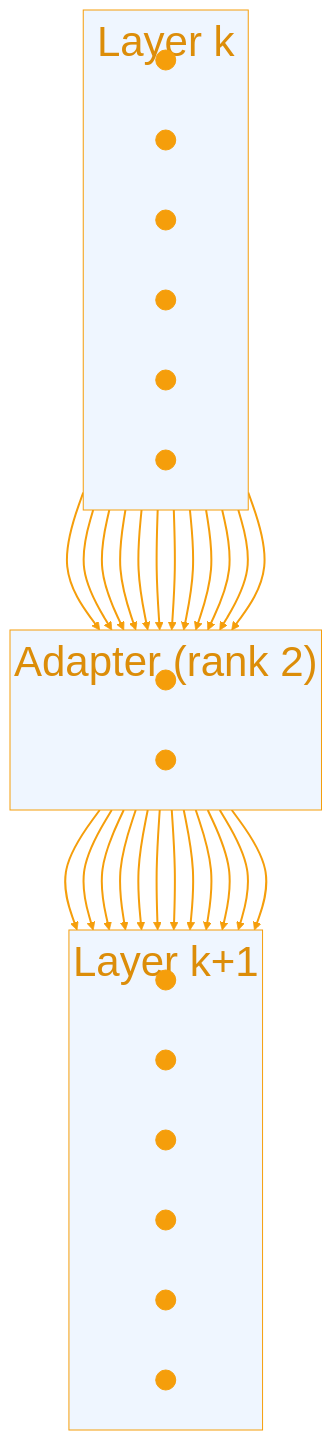
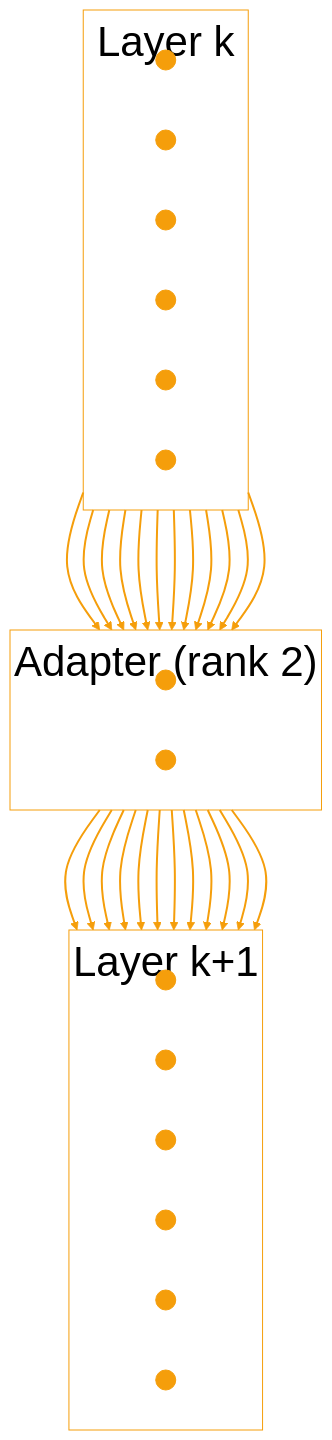
Before and after one commit to kerryback/mgmt675: the second of 2 diagrams in slides/m13-fine-tuning.qmd, drawn with Mermaid. The commit also changed other lines of this file and 1 other file, not shown here.

Commit message:
Use white nodes/arrows for LoRA diagrams, amber for adapter diagram

````diff
--- a/slides/m13-fine-tuning.qmd
+++ b/slides/m13-fine-tuning.qmd
@@ -240,52 +240,52 @@
 ```{mermaid}
 %%| fig-width: 16
-%%{init: {'theme': 'base', 'themeVariables': {'fontSize': '42px', 'primaryColor': '#f59e0b', 'primaryTextColor': '#fff', 'lineColor': '#f59e0b', 'clusterBkg': '#eff6ff', 'clusterBorder': '#f59e0b'}, 'flowchart': {'nodeSpacing': 60, 'rankSpacing': 120, 'padding': 20, 'useMaxWidth': true}}}%%
+%%{init: {'theme': 'base', 'themeVariables': {'fontSize': '42px', 'primaryColor': '#fff', 'primaryTextColor': '#fff', 'lineColor': '#fff', 'clusterBkg': 'transparent', 'clusterBorder': '#f59e0b'}, 'flowchart': {'nodeSpacing': 60, 'rankSpacing': 120, 'padding': 20, 'useMaxWidth': true}}}%%
 graph TB
   subgraph Layer_k["Layer k"]
     direction LR
     A1((" "))
     A2((" "))
     A3((" "))
     A4((" "))
     A5((" "))
     A6((" "))
   end
   subgraph Adapter["Adapter (rank 2)"]
     direction LR
     R1((" "))
     R2((" "))
   end
   subgraph Layer_k1["Layer k+1"]
     direction LR
     B1((" "))
     B2((" "))
     B3((" "))
     B4((" "))
     B5((" "))
     B6((" "))
   end
   A1 --> R1 & R2
   A2 --> R1 & R2
   A3 --> R1 & R2
   A4 --> R1 & R2
   A5 --> R1 & R2
   A6 --> R1 & R2
   R1 --> B1 & B2 & B3 & B4 & B5 & B6
   R2 --> B1 & B2 & B3 & B4 & B5 & B6
 
   linkStyle default stroke:#f59e0b,stroke-width:2px
-  style A1 fill:#f59e0b,stroke:#f59e0b,color:#fff
-  style A2 fill:#f59e0b,stroke:#f59e0b,color:#fff
-  style A3 fill:#f59e0b,stroke:#f59e0b,color:#fff
-  style A4 fill:#f59e0b,stroke:#f59e0b,color:#fff
-  style A5 fill:#f59e0b,stroke:#f59e0b,color:#fff
-  style A6 fill:#f59e0b,stroke:#f59e0b,color:#fff
-  style R1 fill:#f59e0b,stroke:#f59e0b,color:#fff
-  style R2 fill:#f59e0b,stroke:#f59e0b,color:#fff
-  style B1 fill:#f59e0b,stroke:#f59e0b,color:#fff
-  style B2 fill:#f59e0b,stroke:#f59e0b,color:#fff
-  style B3 fill:#f59e0b,stroke:#f59e0b,color:#fff
-  style B4 fill:#f59e0b,stroke:#f59e0b,color:#fff
-  style B5 fill:#f59e0b,stroke:#f59e0b,color:#fff
-  style B6 fill:#f59e0b,stroke:#f59e0b,color:#fff
+  style A1 fill:#f59e0b,stroke:#f59e0b
+  style A2 fill:#f59e0b,stroke:#f59e0b
+  style A3 fill:#f59e0b,stroke:#f59e0b
+  style A4 fill:#f59e0b,stroke:#f59e0b
+  style A5 fill:#f59e0b,stroke:#f59e0b
+  style A6 fill:#f59e0b,stroke:#f59e0b
+  style R1 fill:#f59e0b,stroke:#f59e0b
+  style R2 fill:#f59e0b,stroke:#f59e0b
+  style B1 fill:#f59e0b,stroke:#f59e0b
+  style B2 fill:#f59e0b,stroke:#f59e0b
+  style B3 fill:#f59e0b,stroke:#f59e0b
+  style B4 fill:#f59e0b,stroke:#f59e0b
+  style B5 fill:#f59e0b,stroke:#f59e0b
+  style B6 fill:#f59e0b,stroke:#f59e0b
 ```
````
